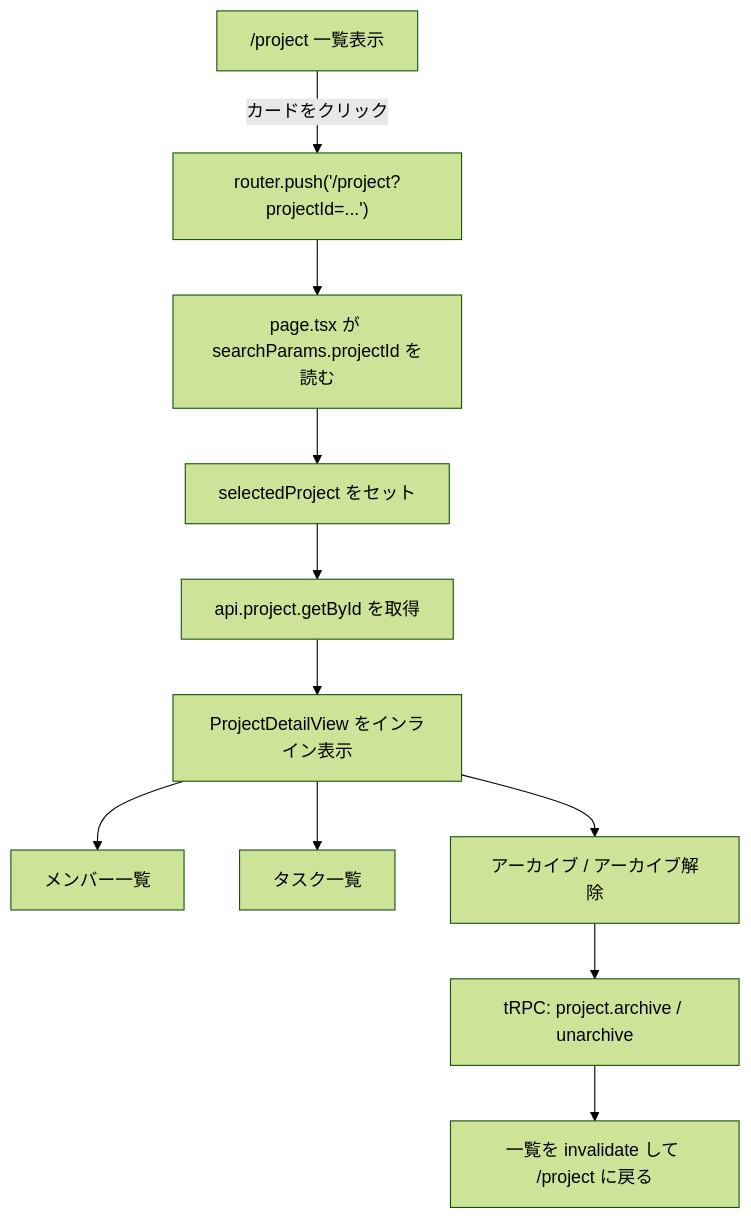
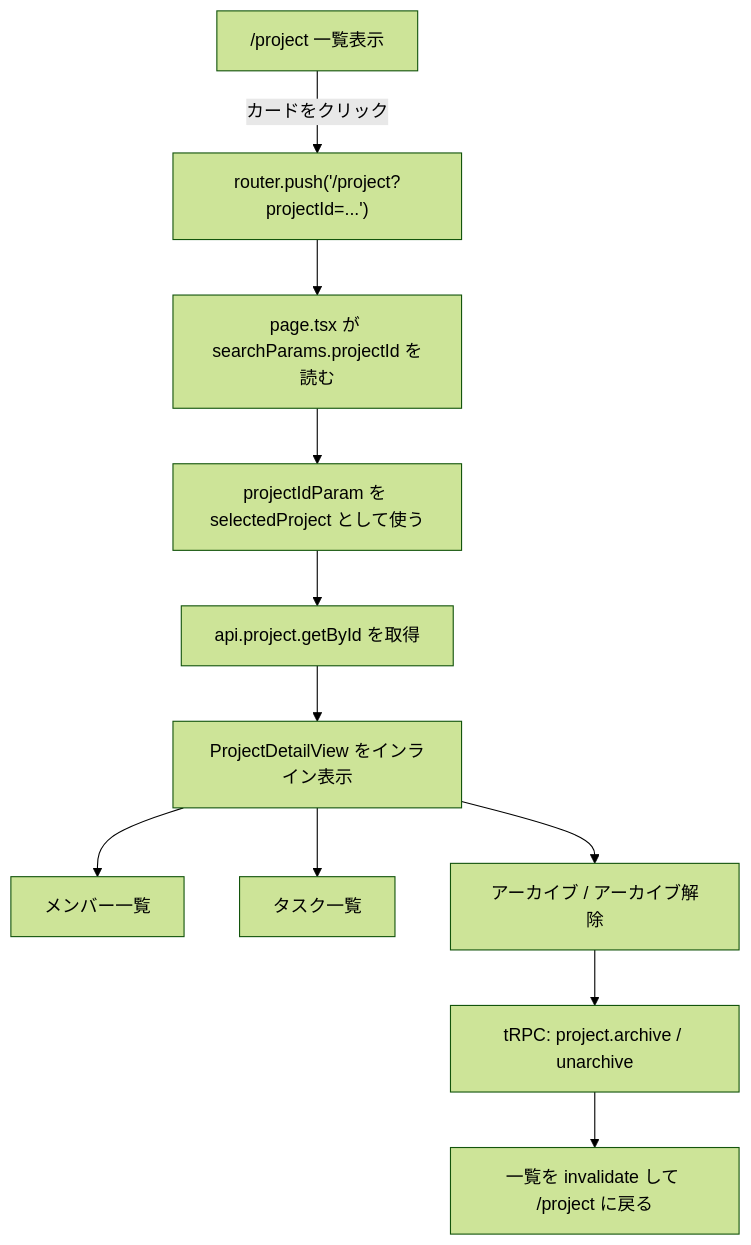
One commit to kouiso/task-app changed the first of 2 diagrams in material/30days-curriculum/day27_プロジェクト詳細・アーカイブを実装しよう.md. Above: the diagram before and after it, drawn with Mermaid (forest theme). The commit also changed other lines of this file and 250 other files, not shown here.

````diff
--- a/material/30days-curriculum/day27_プロジェクト詳細・アーカイブを実装しよう.md
+++ b/material/30days-curriculum/day27_プロジェクト詳細・アーカイブを実装しよう.md
@@ -51,13 +51,13 @@
 ```mermaid
 flowchart TD
     A["/project 一覧表示"] -->|"カードをクリック"| B["router.push('/project?projectId=...')"]
     B --> C["page.tsx が searchParams.projectId を読む"]
-    C --> D["selectedProject をセット"]
+    C --> D["projectIdParam を selectedProject として使う"]
     D --> E["api.project.getById を取得"]
     E --> F["ProjectDetailView をインライン表示"]
     F --> G["メンバー一覧"]
     F --> H["タスク一覧"]
     F --> I["アーカイブ / アーカイブ解除"]
     I --> J["tRPC: project.archive / unarchive"]
     J --> K["一覧を invalidate して /project に戻る"]
 ```
````
